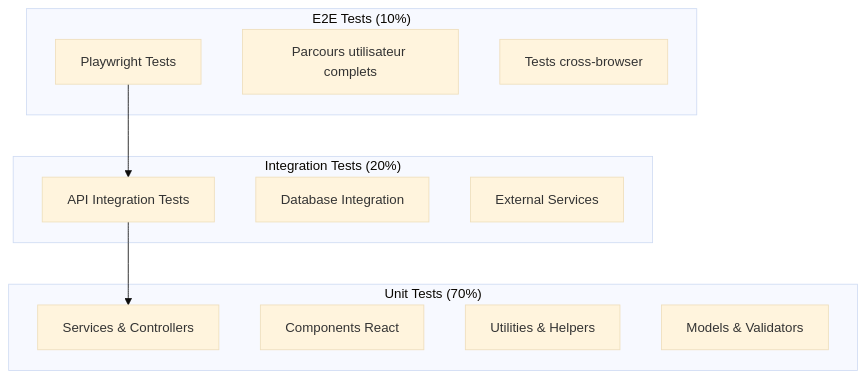
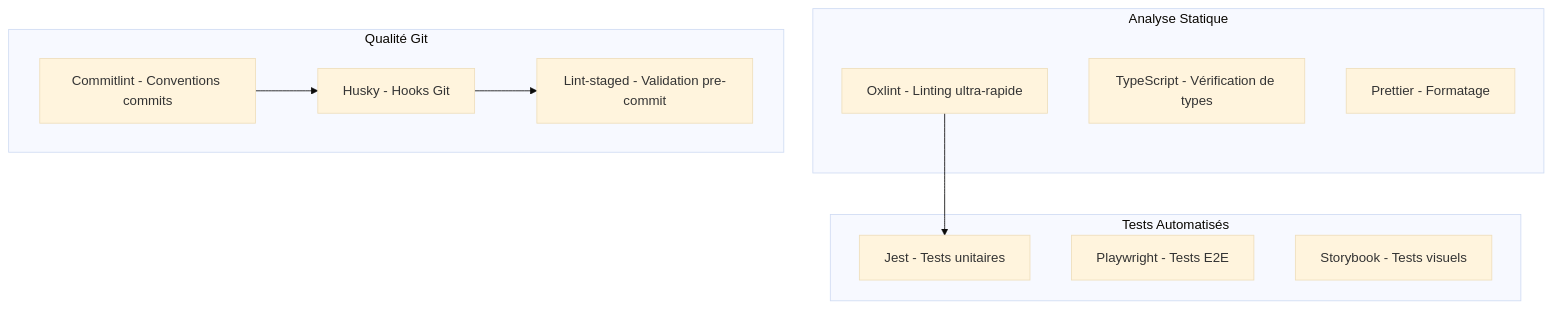
The third of 3 diagrams in docs/devbook.md (ThiessetFabien/Bondly), drawn with Mermaid (base theme) before and after one commit. The commit also changed other lines of this file and 1 other file, not shown here.

Commit message:
:memo: update docs for oxlint & commitlint

````diff
--- a/docs/devbook.md
+++ b/docs/devbook.md
@@ -2856,24 +1602,24 @@
 ```mermaid
 graph TB
-    subgraph "E2E Tests (10%)"
-        E1[Playwright Tests]
-        E2[Parcours utilisateur complets]
-        E3[Tests cross-browser]
+    subgraph "Analyse Statique"
+        A[Oxlint - Linting ultra-rapide]
+        B[TypeScript - Vérification de types]
+        C[Prettier - Formatage]
     end
     
-    subgraph "Integration Tests (20%)"
-        I1[API Integration Tests]
-        I2[Database Integration]
-        I3[External Services]
+    subgraph "Tests Automatisés" 
+        D[Jest - Tests unitaires]
+        E[Playwright - Tests E2E]
+        F[Storybook - Tests visuels]
     end
     
-    subgraph "Unit Tests (70%)"
-        U1[Services & Controllers]
-        U2[Components React]
-        U3[Utilities & Helpers]
-        U4[Models & Validators]
+    subgraph "Qualité Git"
+        G[Commitlint - Conventions commits]
+        H[Husky - Hooks Git]
+        I[Lint-staged - Validation pre-commit]
     end
     
-    E1 --> I1
-    I1 --> U1
+    A --> D
+    G --> H
+    H --> I
 ```
````
